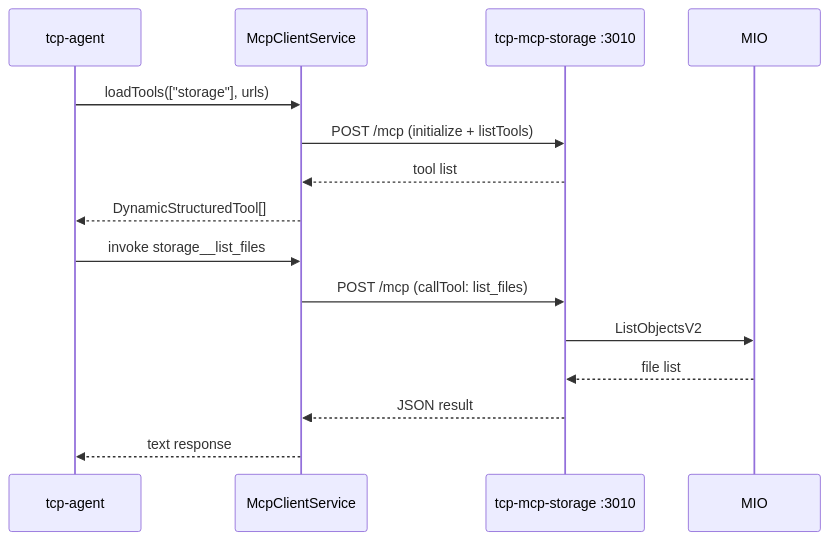
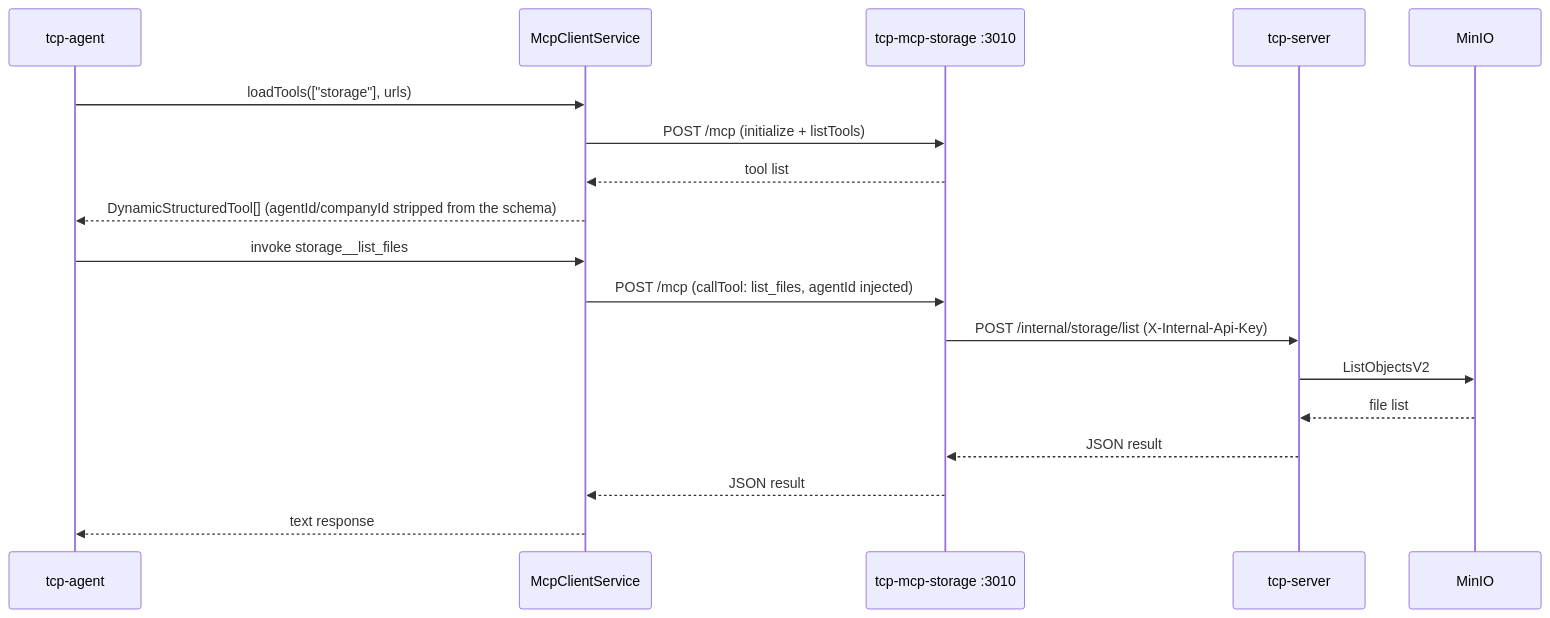
One commit to instantiator/tcp-server changed the diagram in docs/manual-testing/06-mcp-servers.md. Above: the diagram before and after it, drawn with Mermaid. The commit also changed other lines of this file and 38 other files, not shown here.

````diff
--- a/docs/manual-testing/06-mcp-servers.md
+++ b/docs/manual-testing/06-mcp-servers.md
@@ -15,18 +20,22 @@
 ```mermaid
 sequenceDiagram
     participant A as tcp-agent
     participant C as McpClientService
     participant S as tcp-mcp-storage :3010
+    participant TS as tcp-server
+    participant MIO as MinIO
 
     A->>C: loadTools(["storage"], urls)
     C->>S: POST /mcp (initialize + listTools)
     S-->>C: tool list
-    C-->>A: DynamicStructuredTool[]
+    C-->>A: DynamicStructuredTool[] (agentId/companyId stripped from the schema)
 
     A->>C: invoke storage__list_files
-    C->>S: POST /mcp (callTool: list_files)
-    S->>MIO: ListObjectsV2
-    MIO-->>S: file list
+    C->>S: POST /mcp (callTool: list_files, agentId injected)
+    S->>TS: POST /internal/storage/list (X-Internal-Api-Key)
+    TS->>MIO: ListObjectsV2
+    MIO-->>TS: file list
+    TS-->>S: JSON result
     S-->>C: JSON result
     C-->>A: text response
 ```
````
